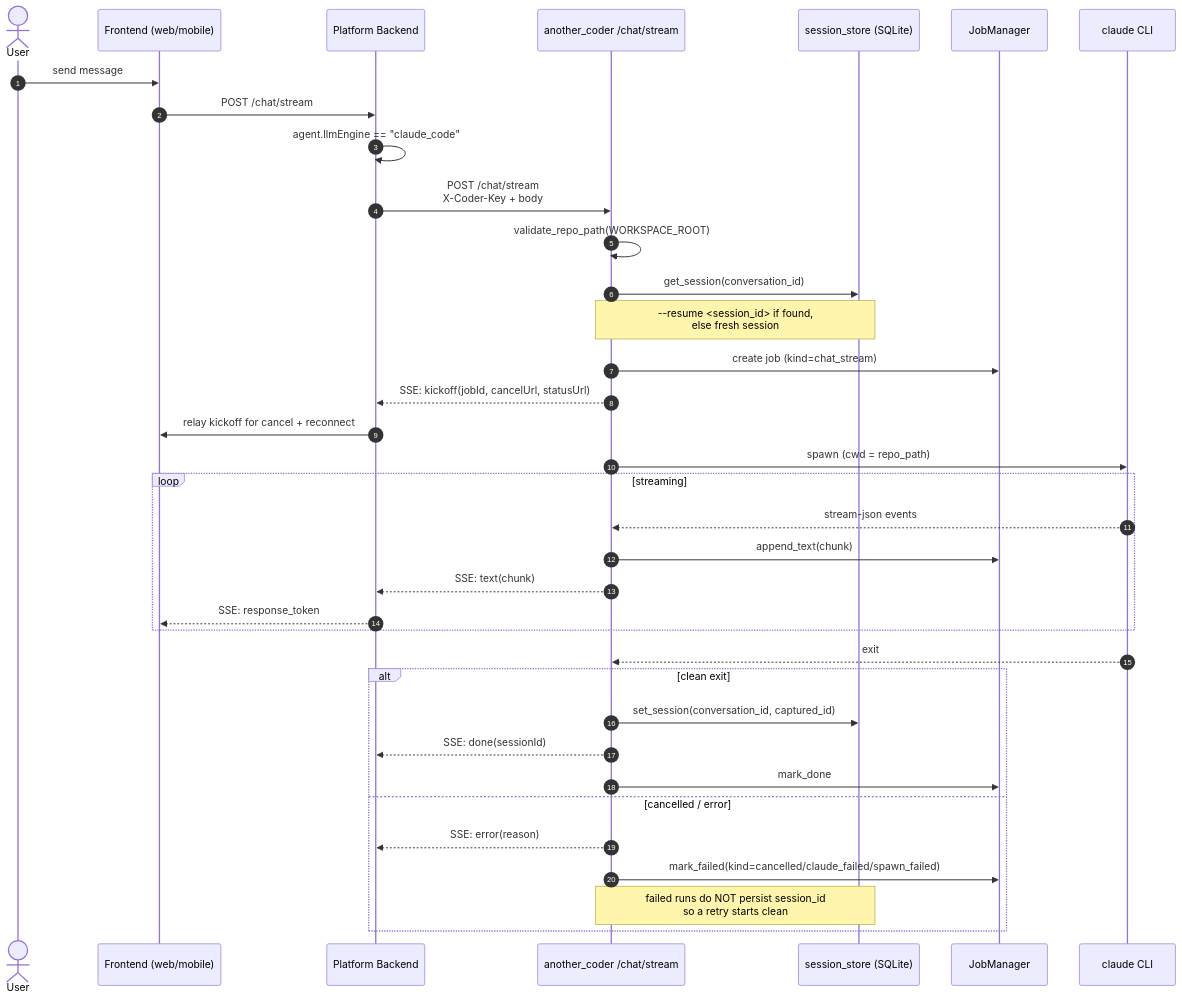
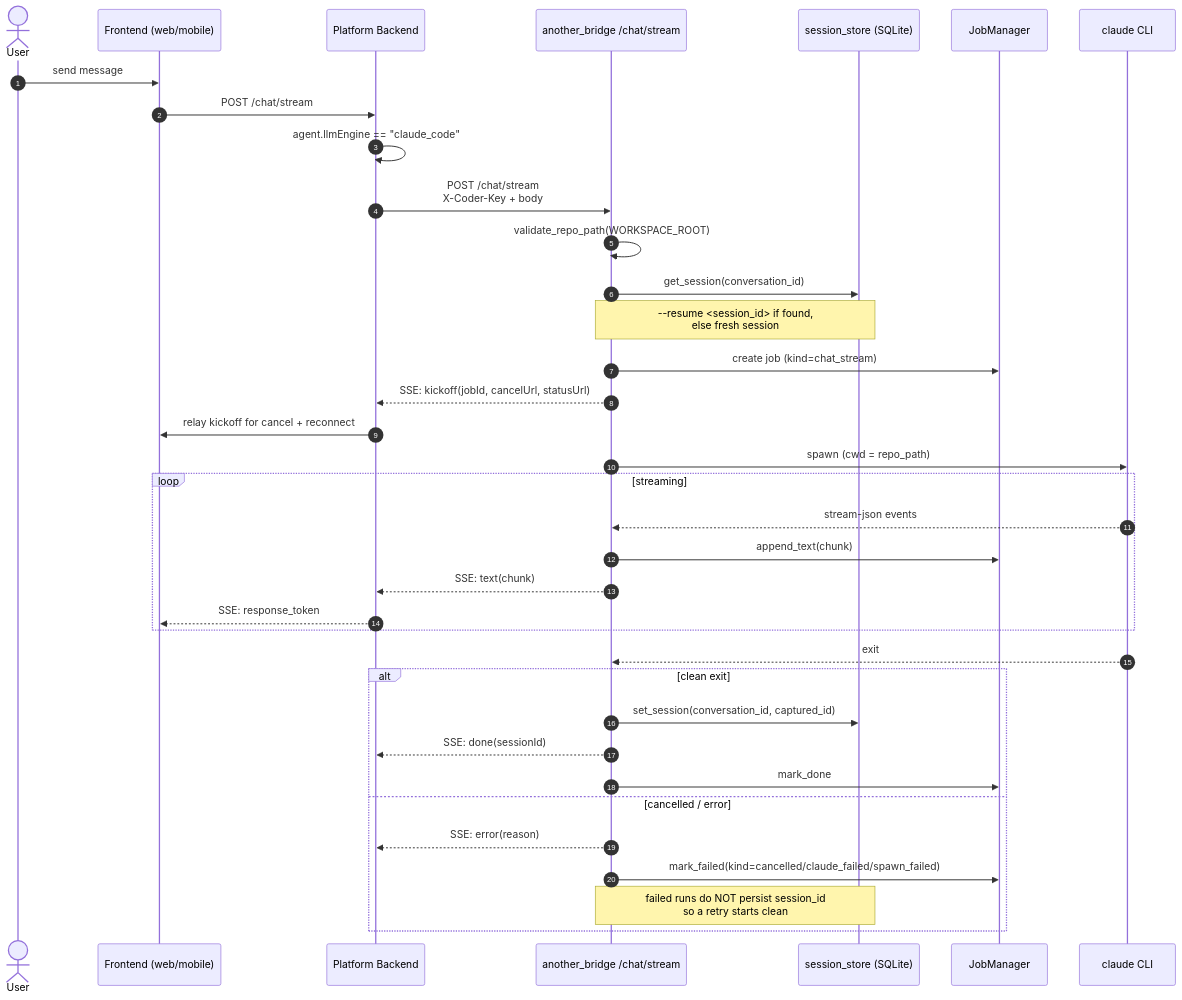
One commit to kenruizinoue/another_bridge changed the second of 7 diagrams in docs/ARCHITECTURE.md. Above: the diagram before and after it, drawn with Mermaid. The commit also changed other lines of this file and 13 other files, not shown here.

First line of the commit message:
Rename project another_coder -> another_bridge

````diff
--- a/docs/ARCHITECTURE.md
+++ b/docs/ARCHITECTURE.md
@@ -80,40 +80,40 @@
 ```mermaid
 sequenceDiagram
     autonumber
     actor User
     participant Frontend as Frontend (web/mobile)
     participant Backend as Platform Backend
-    participant Bridge as another_coder /chat/stream
+    participant Bridge as another_bridge /chat/stream
     participant Store as session_store (SQLite)
     participant Mgr as JobManager
     participant Claude as claude CLI
 
     User->>Frontend: send message
     Frontend->>Backend: POST /chat/stream
     Backend->>Backend: agent.llmEngine == "claude_code"
     Backend->>Bridge: POST /chat/stream<br/>X-Coder-Key + body
     Bridge->>Bridge: validate_repo_path(WORKSPACE_ROOT)
     Bridge->>Store: get_session(conversation_id)
     Note over Bridge,Store: --resume <session_id> if found,<br/>else fresh session
     Bridge->>Mgr: create job (kind=chat_stream)
     Bridge-->>Backend: SSE: kickoff(jobId, cancelUrl, statusUrl)
     Backend->>Frontend: relay kickoff for cancel + reconnect
 
     Bridge->>Claude: spawn (cwd = repo_path)
     loop streaming
         Claude-->>Bridge: stream-json events
         Bridge->>Mgr: append_text(chunk)
         Bridge-->>Backend: SSE: text(chunk)
         Backend-->>Frontend: SSE: response_token
     end
     Claude-->>Bridge: exit
     alt clean exit
         Bridge->>Store: set_session(conversation_id, captured_id)
         Bridge-->>Backend: SSE: done(sessionId)
         Bridge->>Mgr: mark_done
     else cancelled / error
         Bridge-->>Backend: SSE: error(reason)
         Bridge->>Mgr: mark_failed(kind=cancelled/claude_failed/spawn_failed)
         Note over Bridge,Store: failed runs do NOT persist session_id<br/>so a retry starts clean
     end
 ```
````
